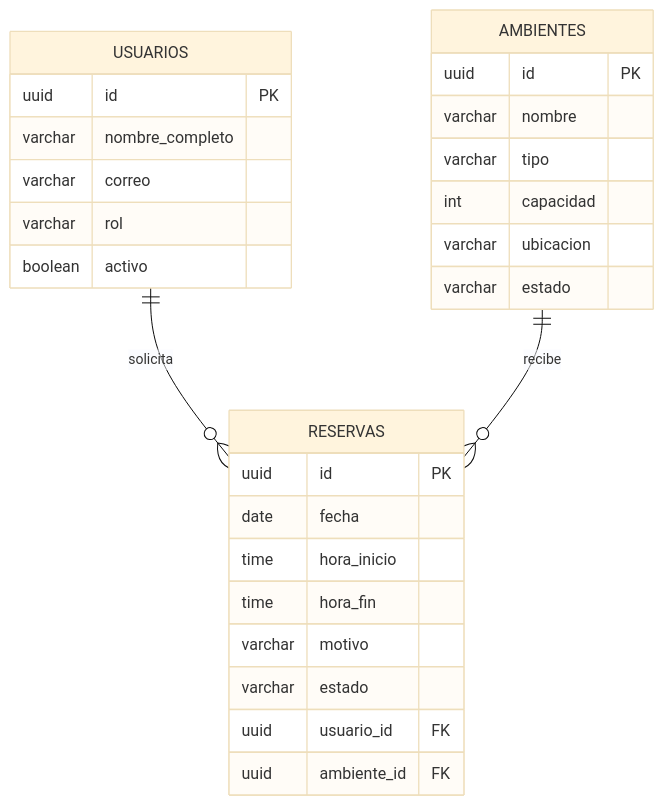
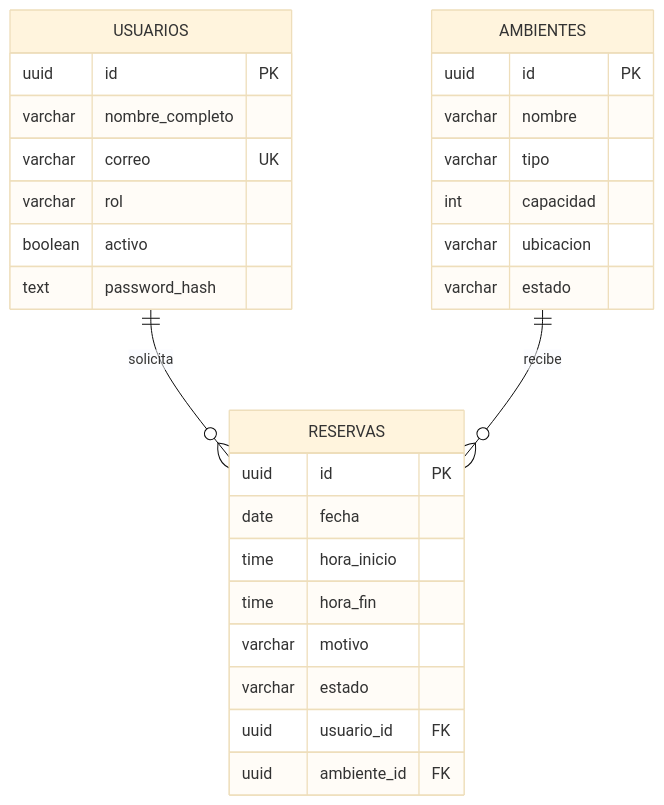
The third of 5 diagrams in docs/S01_ANALISIS.md (Kody2003/ReservaUPLA), drawn with Mermaid (base theme) before and after one commit. The commit also changed other lines of this file and 4 other files, not shown here.

````diff
--- a/docs/S01_ANALISIS.md
+++ b/docs/S01_ANALISIS.md
@@ -95,24 +195,31 @@
 ```mermaid
 erDiagram
     USUARIOS ||--o{ RESERVAS : solicita
     AMBIENTES ||--o{ RESERVAS : recibe
-    USUARIOS { uuid id PK
-               varchar nombre_completo
-               varchar correo
-               varchar rol
-               boolean activo }
-    AMBIENTES { uuid id PK
-                varchar nombre
-                varchar tipo
-                int capacidad
-                varchar ubicacion
-                varchar estado }
-    RESERVAS { uuid id PK
-               date fecha
-               time hora_inicio
-               time hora_fin
-               varchar motivo
-               varchar estado
-               uuid usuario_id FK
-               uuid ambiente_id FK }
+    USUARIOS {
+        uuid id PK
+        varchar nombre_completo
+        varchar correo UK
+        varchar rol
+        boolean activo
+        text password_hash
+    }
+    AMBIENTES {
+        uuid id PK
+        varchar nombre
+        varchar tipo
+        int capacidad
+        varchar ubicacion
+        varchar estado
+    }
+    RESERVAS {
+        uuid id PK
+        date fecha
+        time hora_inicio
+        time hora_fin
+        varchar motivo
+        varchar estado
+        uuid usuario_id FK
+        uuid ambiente_id FK
+    }
 ```
````
